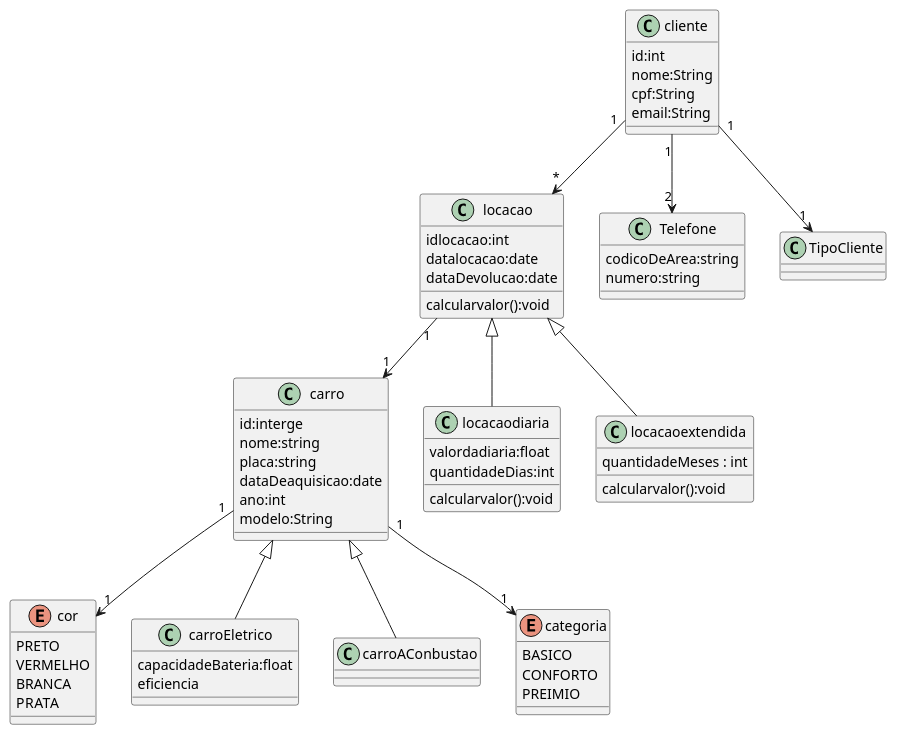
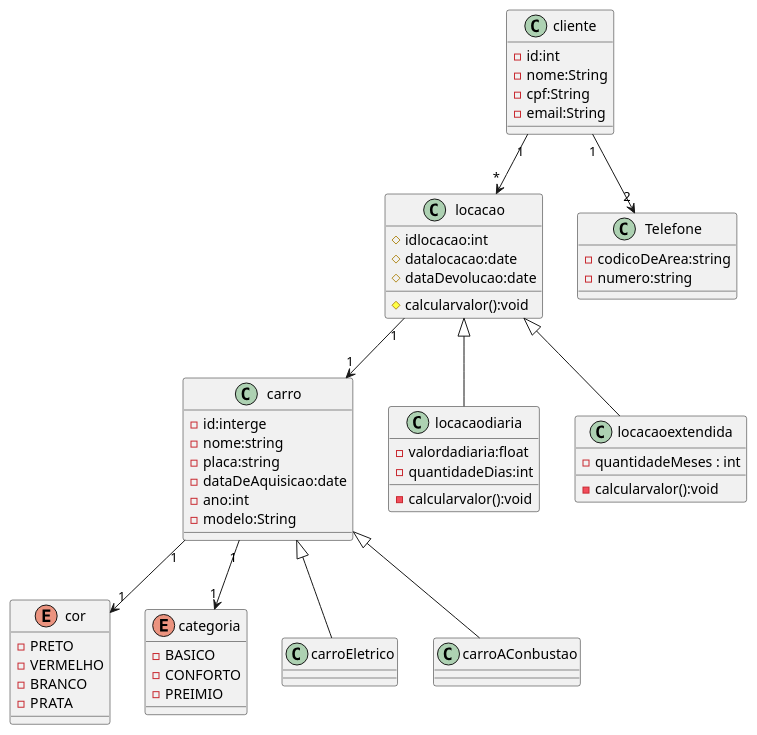
The diagram in src/diagram.puml (guisiq/sistema_locadora_de_carros), drawn with PlantUML before and after one commit. The commit also changed 8 other files, not shown here.

```diff
--- a/src/diagram.puml
+++ b/src/diagram.puml
@@ -1,73 +1,80 @@
 @startuml cinema
 
 class carro{
-    id:interge 
-    nome:string
-    placa:string
-    dataDeaquisicao:date
-    ano:int
-    modelo:String
+   - id:interge 
+   - nome:string
+   - placa:string
+   - dataDeAquisicao:date
+   - ano:int
+   - modelo:String
 }
+' ok 
 enum cor{
-    PRETO 
-    VERMELHO
-    BRANCA
-    PRATA
+    -PRETO 
+    -VERMELHO
+    -BRANCO
+    -PRATA
 }
-
+'ok
+/'
 class carroEletrico{
     capacidadeBateria:float
     eficiencia
 }
 class carroAConbustao {
     
 }
 
+'/
 class locacao{
- idlocacao:int 
- datalocacao:date
- dataDevolucao:date
- calcularvalor():void
+    # idlocacao:int 
+    # datalocacao:date
+    # dataDevolucao:date
+    # calcularvalor():void
 }
+'ok
 class locacaodiaria{
-    valordadiaria:float   
-    quantidadeDias:int
-    calcularvalor():void
+    - valordadiaria:float   
+    - quantidadeDias:int
+    - calcularvalor():void
 }
+'ok
 class locacaoextendida{
-    quantidadeMeses : int
-    calcularvalor():void
+    - quantidadeMeses : int
+    - calcularvalor():void
 }
+'ok
 class cliente {
-    id:int
-    nome:String
-    cpf:String
-    email:String
+    - id:int
+    - nome:String
+    - cpf:String
+    - email:String
 }
 enum categoria {
-    BASICO
-    CONFORTO
-    PREIMIO
+    - BASICO
+    - CONFORTO
+    - PREIMIO
 }
+'ok
 class Telefone{
-    codicoDeArea:string
-    numero:string
+    -codicoDeArea:string
+    -numero:string
 }
 
 locacao<|--  locacaodiaria 
 locacao<|--  locacaoextendida 
 carro<|--carroEletrico 
 carro<|--carroAConbustao 
 
 
 carro "1" --> "1"categoria
 carro "1" --> "1"cor
 
 locacao "1" --> "1"carro
 
-cliente "1" --> "1"TipoCliente
+'cliente "1" --> "1"TipoCliente
 cliente "1" --> "2" Telefone
 cliente "1" --> "*" locacao
 
 
 @enduml
```
